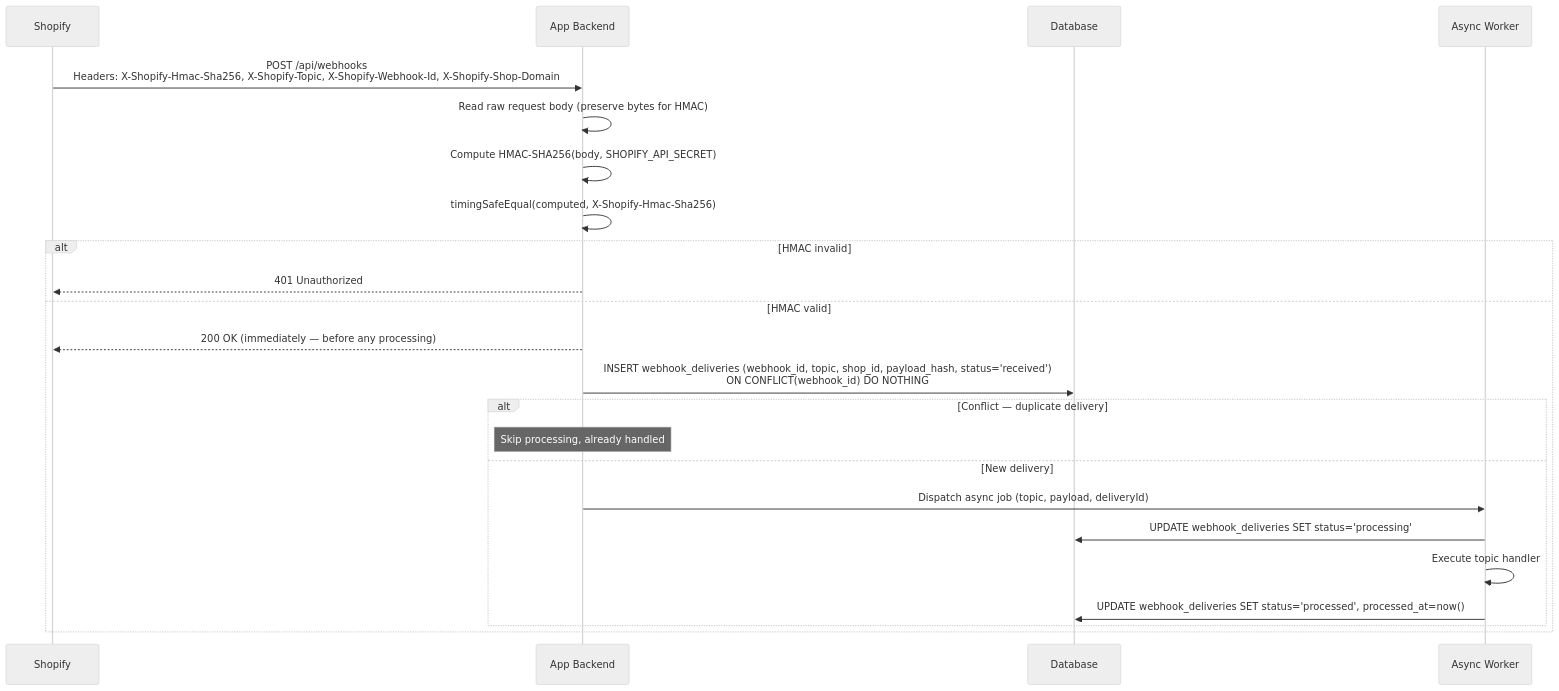
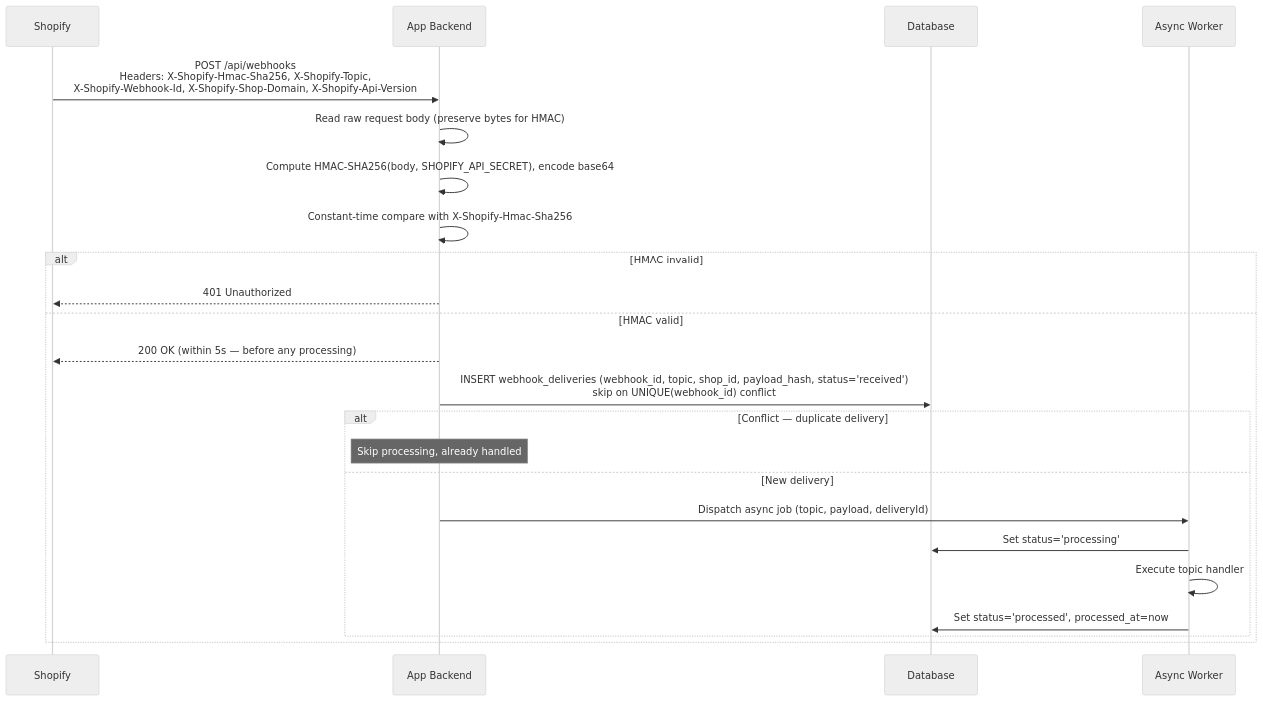
Before and after one commit to nguyenvanduocit/primitive-blocks-specs: the fourth of 5 diagrams in webhooks/shopify-webhooks/README.md, drawn with Mermaid (neutral theme). The commit also changed other lines of this file and 28 other files, not shown here.

````diff
--- a/webhooks/shopify-webhooks/README.md
+++ b/webhooks/shopify-webhooks/README.md
@@ -208,26 +217,26 @@
 ```mermaid
 sequenceDiagram
     participant S as Shopify
     participant A as App Backend
     participant DB as Database
     participant Q as Async Worker
 
-    S->>A: POST /api/webhooks<br/>Headers: X-Shopify-Hmac-Sha256, X-Shopify-Topic, X-Shopify-Webhook-Id, X-Shopify-Shop-Domain
+    S->>A: POST /api/webhooks<br/>Headers: X-Shopify-Hmac-Sha256, X-Shopify-Topic,<br/>X-Shopify-Webhook-Id, X-Shopify-Shop-Domain, X-Shopify-Api-Version
     A->>A: Read raw request body (preserve bytes for HMAC)
-    A->>A: Compute HMAC-SHA256(body, SHOPIFY_API_SECRET)
-    A->>A: timingSafeEqual(computed, X-Shopify-Hmac-Sha256)
+    A->>A: Compute HMAC-SHA256(body, SHOPIFY_API_SECRET), encode base64
+    A->>A: Constant-time compare with X-Shopify-Hmac-Sha256
     alt HMAC invalid
         A-->>S: 401 Unauthorized
     else HMAC valid
-        A-->>S: 200 OK (immediately — before any processing)
-        A->>DB: INSERT webhook_deliveries (webhook_id, topic, shop_id, payload_hash, status='received')<br/>ON CONFLICT(webhook_id) DO NOTHING
+        A-->>S: 200 OK (within 5s — before any processing)
+        A->>DB: INSERT webhook_deliveries (webhook_id, topic, shop_id, payload_hash, status='received')<br/>skip on UNIQUE(webhook_id) conflict
         alt Conflict — duplicate delivery
             Note over A: Skip processing, already handled
         else New delivery
             A->>Q: Dispatch async job (topic, payload, deliveryId)
-            Q->>DB: UPDATE webhook_deliveries SET status='processing'
+            Q->>DB: Set status='processing'
             Q->>Q: Execute topic handler
-            Q->>DB: UPDATE webhook_deliveries SET status='processed', processed_at=now()
+            Q->>DB: Set status='processed', processed_at=now
         end
     end
 ```
````
